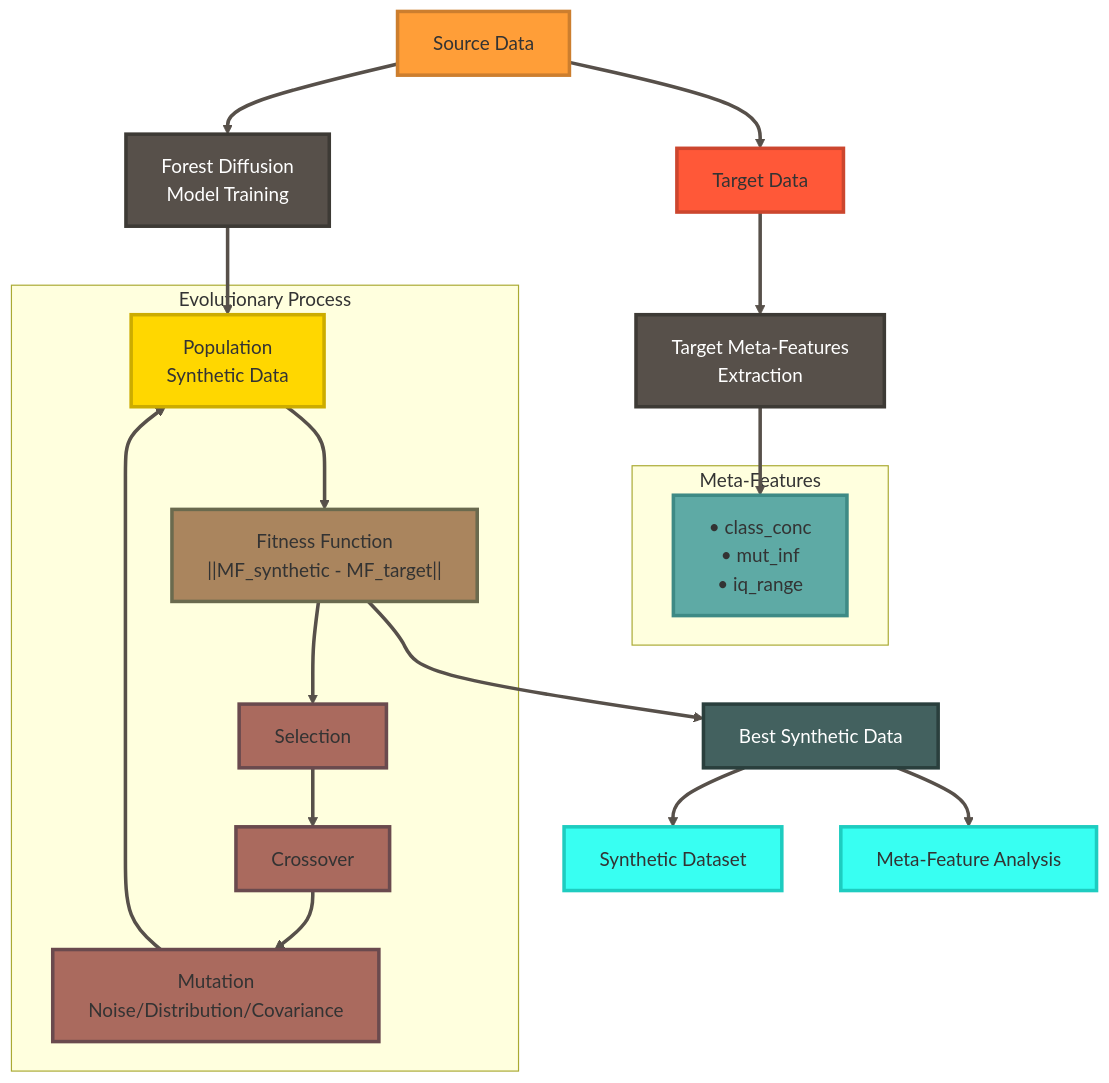
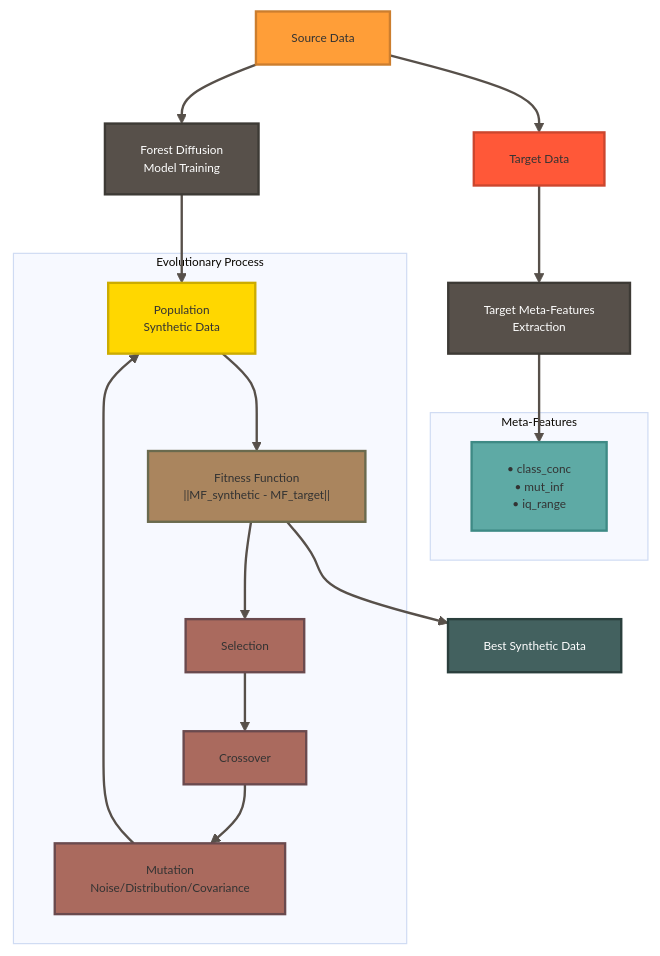
The second of 2 diagrams in README.md (ITMO-NSS-team/OOD_Tab_Evaluation), drawn with Mermaid before and after one commit. The commit also changed other lines of this file, not shown here.

````diff
--- a/README.md
+++ b/README.md
@@ -160,39 +161,37 @@
 ```mermaid
+%%{init: {'theme': 'base', 'themeVariables': { 'fontSize': '10px' }}}%%
 graph TD
     A[Source Data] --> B[Target Data]
     A --> C[Forest Diffusion<br/>Model Training]
     B --> D[Target Meta-Features<br/>Extraction]
     
     subgraph Meta-Features
         E["• class_conc<br/>• mut_inf<br/>• iq_range"]
     end
     
     subgraph Evolutionary Process
         F["Population<br/>Synthetic Data"] --> G["Fitness Function<br/>||MF_synthetic - MF_target||"]
         G --> H["Selection"]
         H --> I["Crossover"]
         I --> J["Mutation<br/>Noise/Distribution/Covariance"]
         J --> F
     end
     
     C --> F
     D --> E
     G --> K["Best Synthetic Data"]
-    K --> L["Synthetic Dataset"] & M["Meta-Feature Analysis"]
     
-    style A fill:#FF9E38,stroke:#CC7E2E,stroke-width:3px
-    style B fill:#FF5838,stroke:#CC462E,stroke-width:3px
-    style C fill:#57504A,stroke:#3D3A35,stroke-width:3px,color:#fff
-    style D fill:#57504A,stroke:#3D3A35,stroke-width:3px,color:#fff
-    style K fill:#43615F,stroke:#2A3F3D,stroke-width:3px,color:#fff
-    style L fill:#38FFF2,stroke:#1ECCC0,stroke-width:3px
-    style M fill:#38FFF2,stroke:#1ECCC0,stroke-width:3px
-    style E fill:#5EAAA5,stroke:#3E8A85,stroke-width:3px
-    style F fill:#FFD700,stroke:#CCAC00,stroke-width:3px
-    style G fill:#AA855E,stroke:#6A6A4E,stroke-width:3px
-    style H fill:#AA6A5E,stroke:#6A4A4E,stroke-width:3px
-    style I fill:#AA6A5E,stroke:#6A4A4E,stroke-width:3px
-    style J fill:#AA6A5E,stroke:#6A4A4E,stroke-width:3px
+    style A fill:#FF9E38,stroke:#CC7E2E,stroke-width:2px
+    style B fill:#FF5838,stroke:#CC462E,stroke-width:2px
+    style C fill:#57504A,stroke:#3D3A35,stroke-width:2px,color:#fff
+    style D fill:#57504A,stroke:#3D3A35,stroke-width:2px,color:#fff
+    style K fill:#43615F,stroke:#2A3F3D,stroke-width:2px,color:#fff
+    style E fill:#5EAAA5,stroke:#3E8A85,stroke-width:2px
+    style F fill:#FFD700,stroke:#CCAC00,stroke-width:2px
+    style G fill:#AA855E,stroke:#6A6A4E,stroke-width:2px
+    style H fill:#AA6A5E,stroke:#6A4A4E,stroke-width:2px
+    style I fill:#AA6A5E,stroke:#6A4A4E,stroke-width:2px
+    style J fill:#AA6A5E,stroke:#6A4A4E,stroke-width:2px
     
-    linkStyle default stroke:#57504A,stroke-width:3px
+    linkStyle default stroke:#57504A,stroke-width:2px
 ```
````
